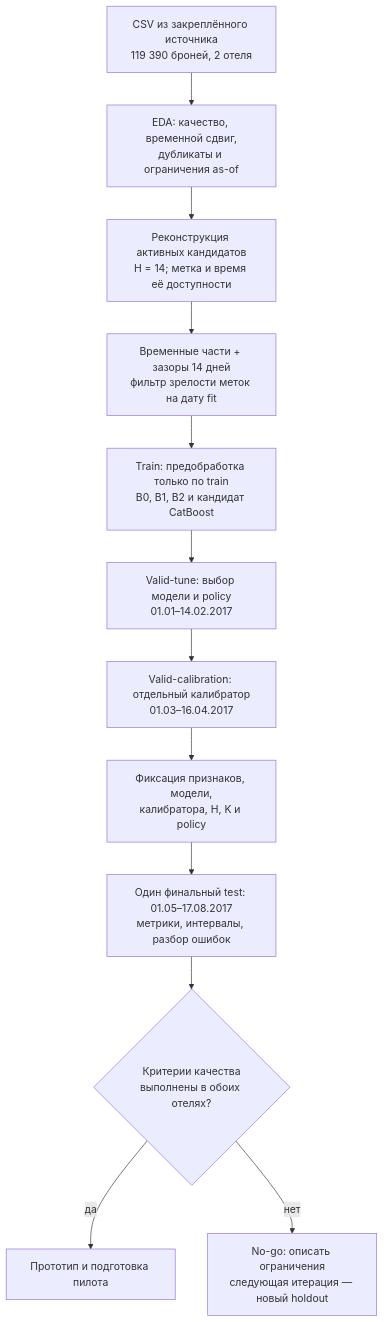
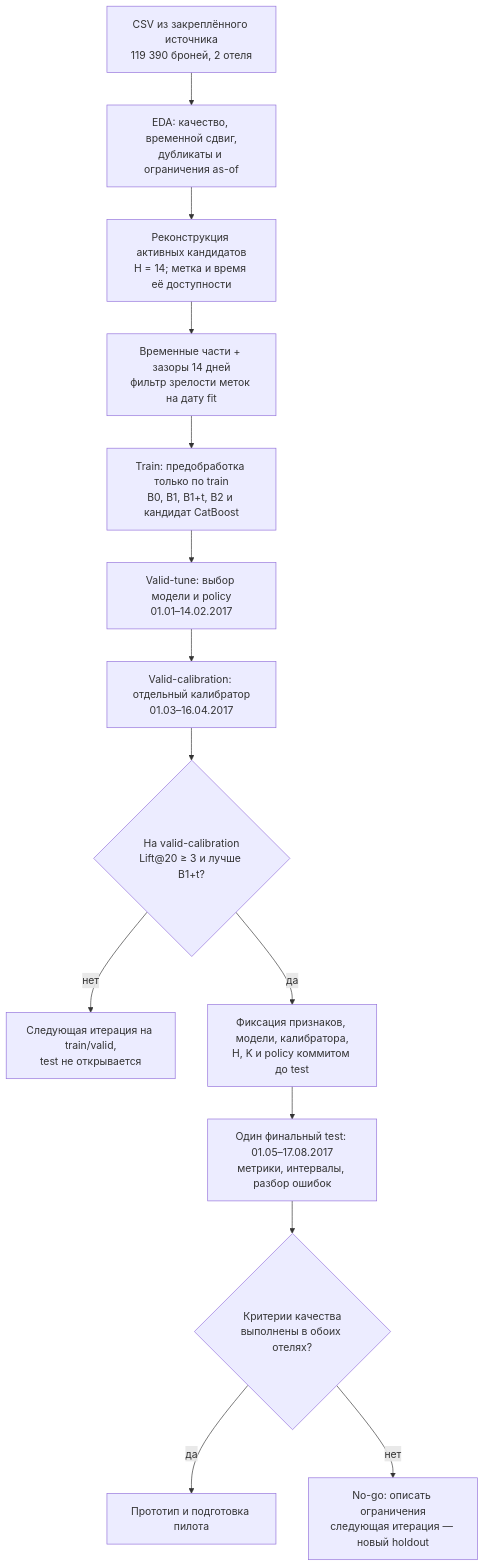
One commit to afafos/mlsd-hotel-cancellation-itmo changed the first of 2 diagrams in docs/ml_system_design_doc.md. Above: the diagram before and after it, drawn with Mermaid. The commit also changed other lines of this file and 33 other files, not shown here.

````diff
--- a/docs/ml_system_design_doc.md
+++ b/docs/ml_system_design_doc.md
@@ -252,18 +253,22 @@
 ```mermaid
 flowchart TD
     raw["CSV из закреплённого источника<br/>119 390 броней, 2 отеля"]
     eda["EDA: качество, временной сдвиг,<br/>дубликаты и ограничения as-of"]
     snap["Реконструкция активных кандидатов<br/>H = 14; метка и время её доступности"]
     split["Временные части + зазоры 14 дней<br/>фильтр зрелости меток на дату fit"]
-    train["Train: предобработка только по train<br/>B0, B1, B2 и кандидат CatBoost"]
+    train["Train: предобработка только по train<br/>B0, B1, B1+t, B2 и кандидат CatBoost"]
     tune["Valid-tune: выбор модели и policy<br/>01.01–14.02.2017"]
     calib["Valid-calibration: отдельный калибратор<br/>01.03–16.04.2017"]
-    freeze["Фиксация признаков, модели,<br/>калибратора, H, K и policy"]
+    valgate{"На valid-calibration<br/>Lift@20 ≥ 3 и лучше B1+t?"}
+    iterate["Следующая итерация на train/valid,<br/>test не открывается"]
+    freeze["Фиксация признаков, модели, калибратора,<br/>H, K и policy коммитом до test"]
     test["Один финальный test: 01.05–17.08.2017<br/>метрики, интервалы, разбор ошибок"]
     gate{"Критерии качества<br/>выполнены в обоих отелях?"}
     ship["Прототип и подготовка пилота"]
     stop["No-go: описать ограничения<br/>следующая итерация — новый holdout"]
-    raw --> eda --> snap --> split --> train --> tune --> calib --> freeze --> test --> gate
+    raw --> eda --> snap --> split --> train --> tune --> calib --> valgate
+    valgate -- да --> freeze --> test --> gate
+    valgate -- нет --> iterate
     gate -- да --> ship
     gate -- нет --> stop
 ```
````
